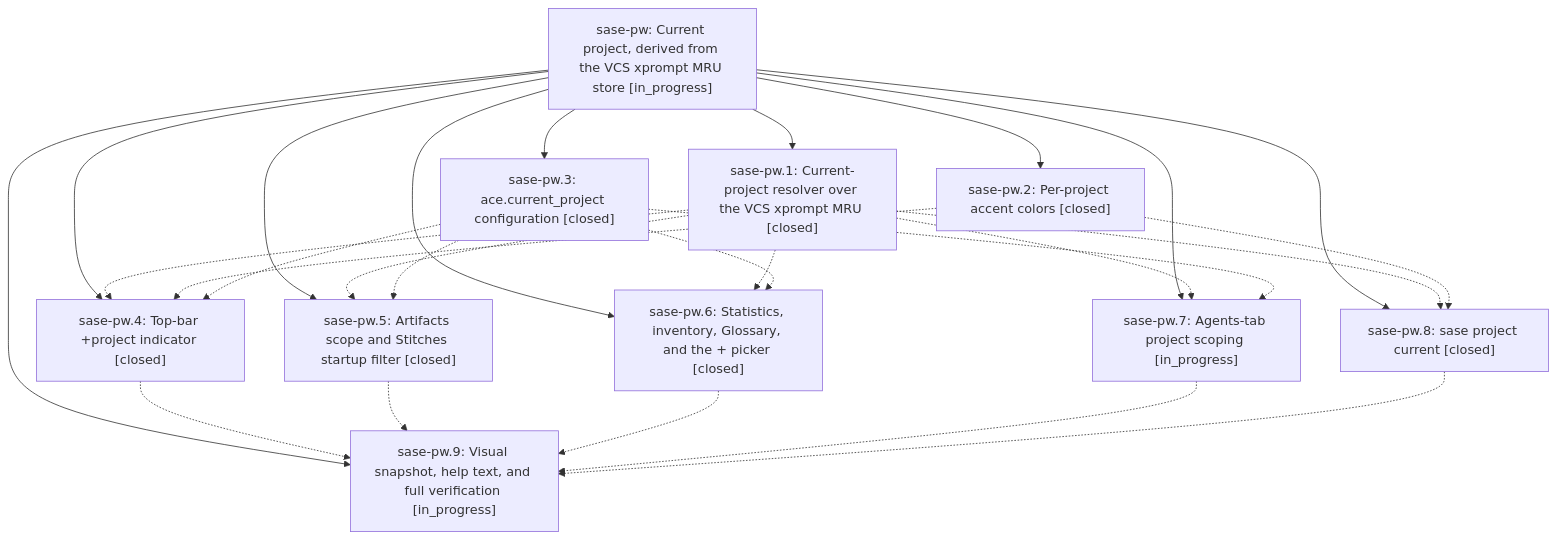
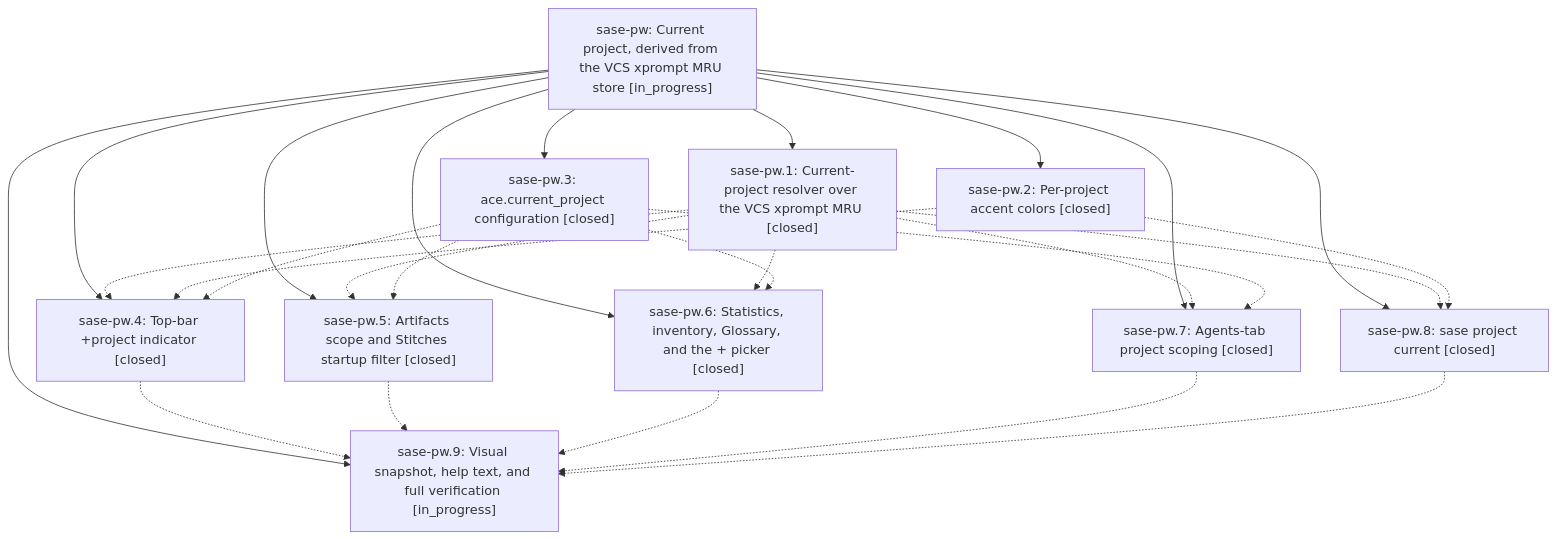
Before and after one commit to sase-org/sase--beads: the diagram in pages/sase-pw/README.md, drawn with Mermaid. The commit also changed other lines of this file and 4 other files, not shown here.

````diff
--- a/pages/sase-pw/README.md
+++ b/pages/sase-pw/README.md
@@ -40,38 +40,38 @@
 ```mermaid
 flowchart TD
     n0["sase-pw: Current project, derived from the VCS xprompt MRU store [in_progress]"]
     n1["sase-pw.1: Current-project resolver over the VCS xprompt MRU [closed]"]
     n2["sase-pw.2: Per-project accent colors [closed]"]
     n3["sase-pw.3: ace.current_project configuration [closed]"]
     n4["sase-pw.4: Top-bar +project indicator [closed]"]
     n5["sase-pw.5: Artifacts scope and Stitches startup filter [closed]"]
     n6["sase-pw.6: Statistics, inventory, Glossary, and the + picker [closed]"]
-    n7["sase-pw.7: Agents-tab project scoping [in_progress]"]
+    n7["sase-pw.7: Agents-tab project scoping [closed]"]
     n8["sase-pw.8: sase project current [closed]"]
     n9["sase-pw.9: Visual snapshot, help text, and full verification [in_progress]"]
     n0 --> n1
     n0 --> n2
     n0 --> n3
     n0 --> n4
     n0 --> n5
     n0 --> n6
     n0 --> n7
     n0 --> n8
     n0 --> n9
     n1 -.-> n4
     n1 -.-> n5
     n1 -.-> n6
     n1 -.-> n7
     n1 -.-> n8
     n2 -.-> n4
     n2 -.-> n8
     n3 -.-> n4
     n3 -.-> n5
     n3 -.-> n6
     n3 -.-> n7
     n4 -.-> n9
     n5 -.-> n9
     n6 -.-> n9
     n7 -.-> n9
     n8 -.-> n9
 ```
````
